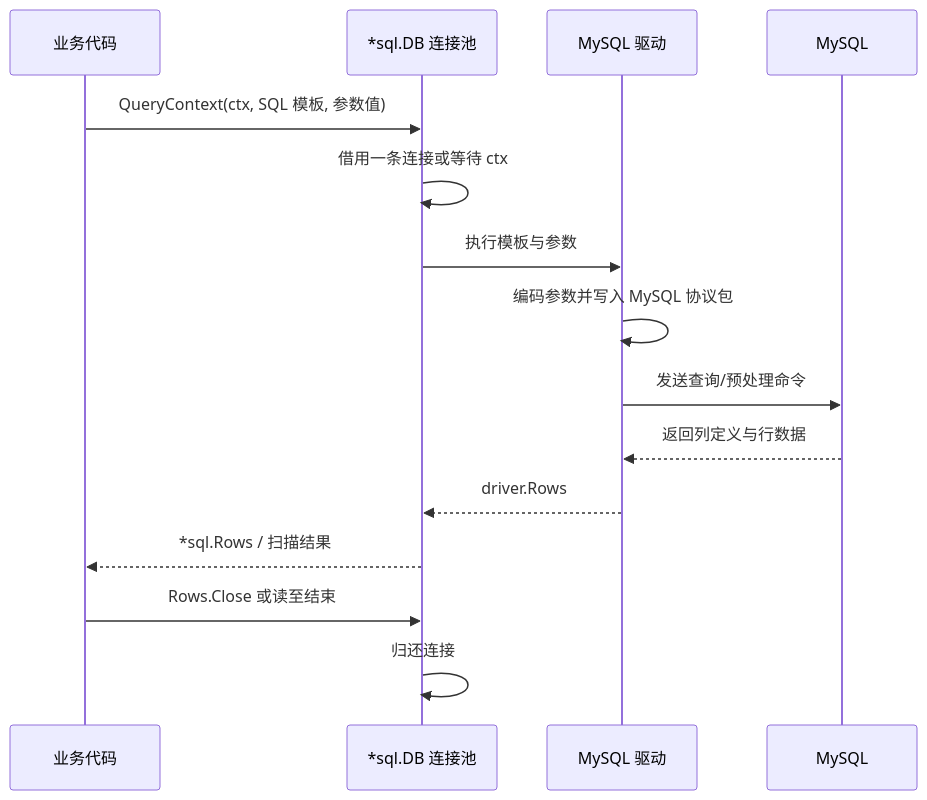
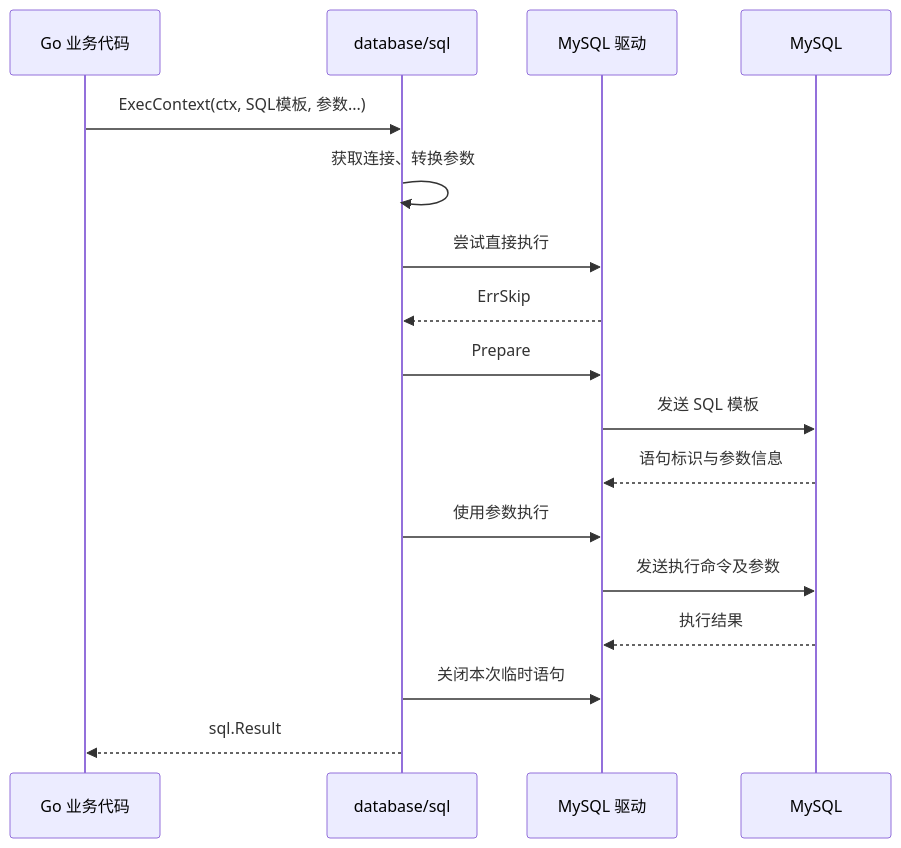
One commit to zzxrepository/gocode changed the fifth of 10 diagrams in src/backend/go/frameworks-and-ecosystem/02-data-access/01-sqlx.md. Above: the diagram before and after it, drawn with Mermaid. The commit also changed other lines of this file and 1 other file, not shown here.

Commit message:
docs(go): 重写 MySQL 与 sqlx 教程并补充原理和封面

````diff
--- a/src/backend/go/frameworks-and-ecosystem/02-data-access/01-sqlx.md
+++ b/src/backend/go/frameworks-and-ecosystem/02-data-access/01-sqlx.md
@@ -1632,18 +509,20 @@
 ```mermaid
 sequenceDiagram
-    participant App as 业务代码
-    participant Pool as *sql.DB 连接池
+    participant App as Go 业务代码
+    participant SQL as database/sql
     participant Driver as MySQL 驱动
     participant Server as MySQL
 
-    App->>Pool: QueryContext(ctx, SQL 模板, 参数值)
-    Pool->>Pool: 借用一条连接或等待 ctx
-    Pool->>Driver: 执行模板与参数
-    Driver->>Driver: 编码参数并写入 MySQL 协议包
-    Driver->>Server: 发送查询/预处理命令
-    Server-->>Driver: 返回列定义与行数据
-    Driver-->>Pool: driver.Rows
-    Pool-->>App: *sql.Rows / 扫描结果
-    App->>Pool: Rows.Close 或读至结束
-    Pool->>Pool: 归还连接
+    App->>SQL: ExecContext(ctx, SQL模板, 参数...)
+    SQL->>SQL: 获取连接、转换参数
+    SQL->>Driver: 尝试直接执行
+    Driver-->>SQL: ErrSkip
+    SQL->>Driver: Prepare
+    Driver->>Server: 发送 SQL 模板
+    Server-->>Driver: 语句标识与参数信息
+    SQL->>Driver: 使用参数执行
+    Driver->>Server: 发送执行命令及参数
+    Server-->>Driver: 执行结果
+    SQL->>Driver: 关闭本次临时语句
+    SQL-->>App: sql.Result
 ```
````
